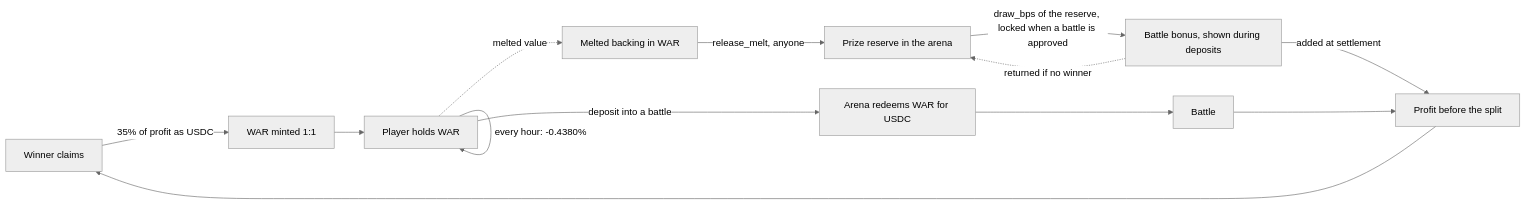
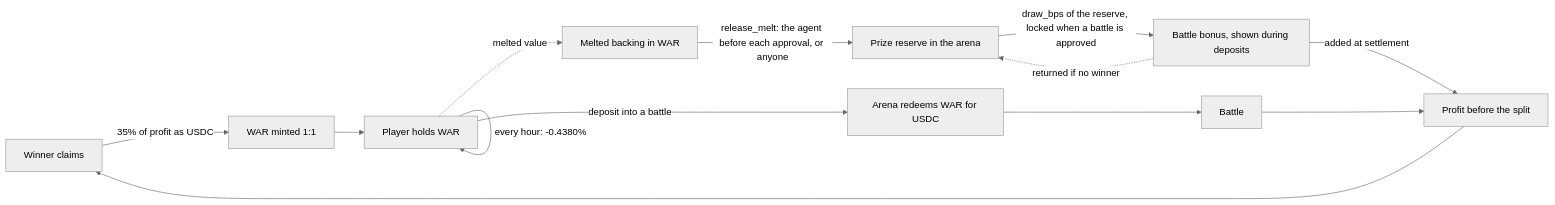
Before and after one commit to mferdinandr/valtrums: the fourth of 4 diagrams in docs/flow.md, drawn with Mermaid (neutral theme). The commit also changed other lines of this file, not shown here.

Commit message:
docs: show the agent releasing the melt before approval

````diff
--- a/docs/flow.md
+++ b/docs/flow.md
@@ -127,15 +130,15 @@
 ```mermaid
 flowchart LR
     C[Winner claims] -->|35% of profit as USDC| M[WAR minted 1:1]
     M --> H[Player holds WAR]
     H -->|every hour: -0.4380%| H
     H -->|deposit into a battle| R[Arena redeems WAR for USDC]
     R --> B[Battle]
     H -.->|melted value| MB[Melted backing in WAR]
-    MB -->|release_melt, anyone| PR[Prize reserve in the arena]
+    MB -->|release_melt: the agent before each approval, or anyone| PR[Prize reserve in the arena]
     PR -->|draw_bps of the reserve, locked when a battle is approved| BON[Battle bonus, shown during deposits]
     BON -->|added at settlement| S[Profit before the split]
     BON -.->|returned if no winner| PR
     B --> S
     S --> C
 ```
````
